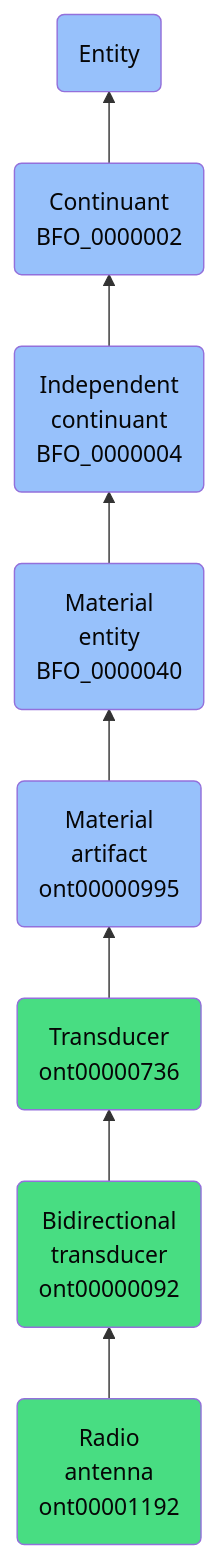
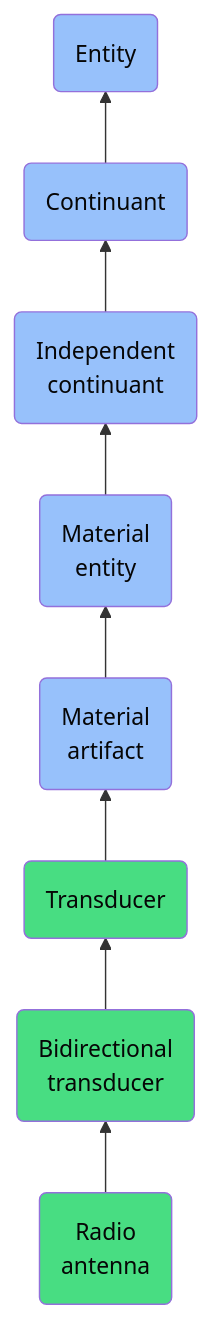
The diagram in docs/ontology/reference/model/Entity/Continuant/Independent continuant/Material entity/Material artifact/Transducer/Bidirectional transducer/Radio antenna/Radio antenna.md (jupyter-naas/abi), drawn with Mermaid before and after one commit. The commit also changed other lines of this file and 1430 other files, not shown here.

````diff
--- a/docs/ontology/reference/model/Entity/Continuant/Independent continuant/Material entity/Material artifact/Transducer/Bidirectional transducer/Radio antenna/Radio antenna.md
+++ b/docs/ontology/reference/model/Entity/Continuant/Independent continuant/Material entity/Material artifact/Transducer/Bidirectional transducer/Radio antenna/Radio antenna.md
@@ -24,15 +24,15 @@
 ```mermaid
 graph BT
-    ont00001192(Radio<br>antenna<br>ont00001192):::ABI-->ont00000092
-    ont00000092(Bidirectional<br>transducer<br>ont00000092):::ABI-->ont00000736
-    ont00000736(Transducer<br>ont00000736):::ABI-->ont00000995
-    ont00000995(Material<br>artifact<br>ont00000995):::BFO-->BFO_0000040
-    BFO_0000040(Material<br>entity<br>BFO_0000040):::BFO-->BFO_0000004
-    BFO_0000004(Independent<br>continuant<br>BFO_0000004):::BFO-->BFO_0000002
-    BFO_0000002(Continuant<br>BFO_0000002):::BFO-->BFO_0000001
+    ont00001192(Radio<br>antenna):::ABI-->ont00000092
+    ont00000092(Bidirectional<br>transducer):::ABI-->ont00000736
+    ont00000736(Transducer):::ABI-->ont00000995
+    ont00000995(Material<br>artifact):::BFO-->BFO_0000040
+    BFO_0000040(Material<br>entity):::BFO-->BFO_0000004
+    BFO_0000004(Independent<br>continuant):::BFO-->BFO_0000002
+    BFO_0000002(Continuant):::BFO-->BFO_0000001
     BFO_0000001(Entity):::BFO
     
     classDef BFO fill:#97c1fb,color:#060606
     classDef CCO fill:#e4c51e,color:#060606
     classDef ABI fill:#48DD82,color:#060606
 ```
````
